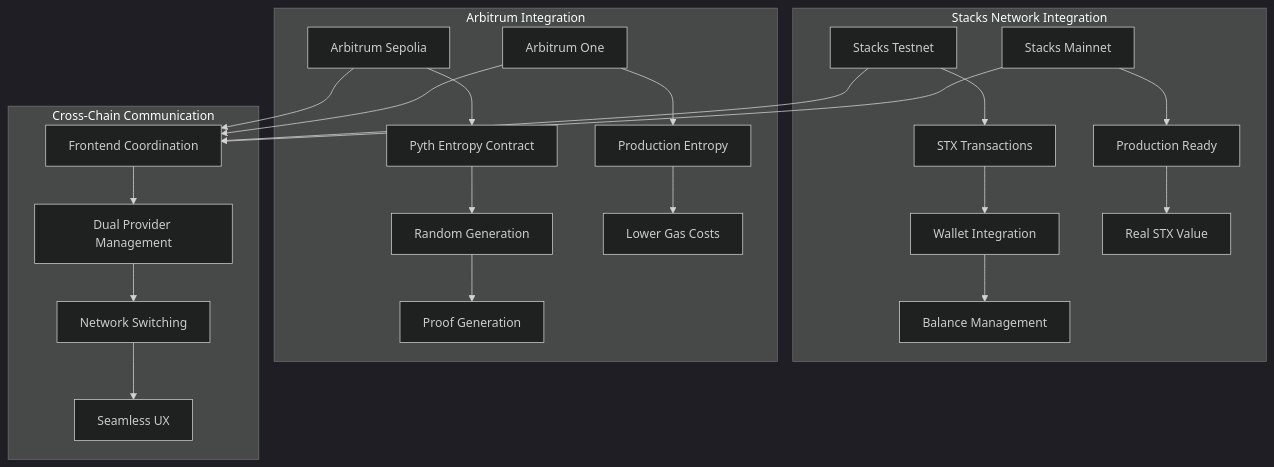
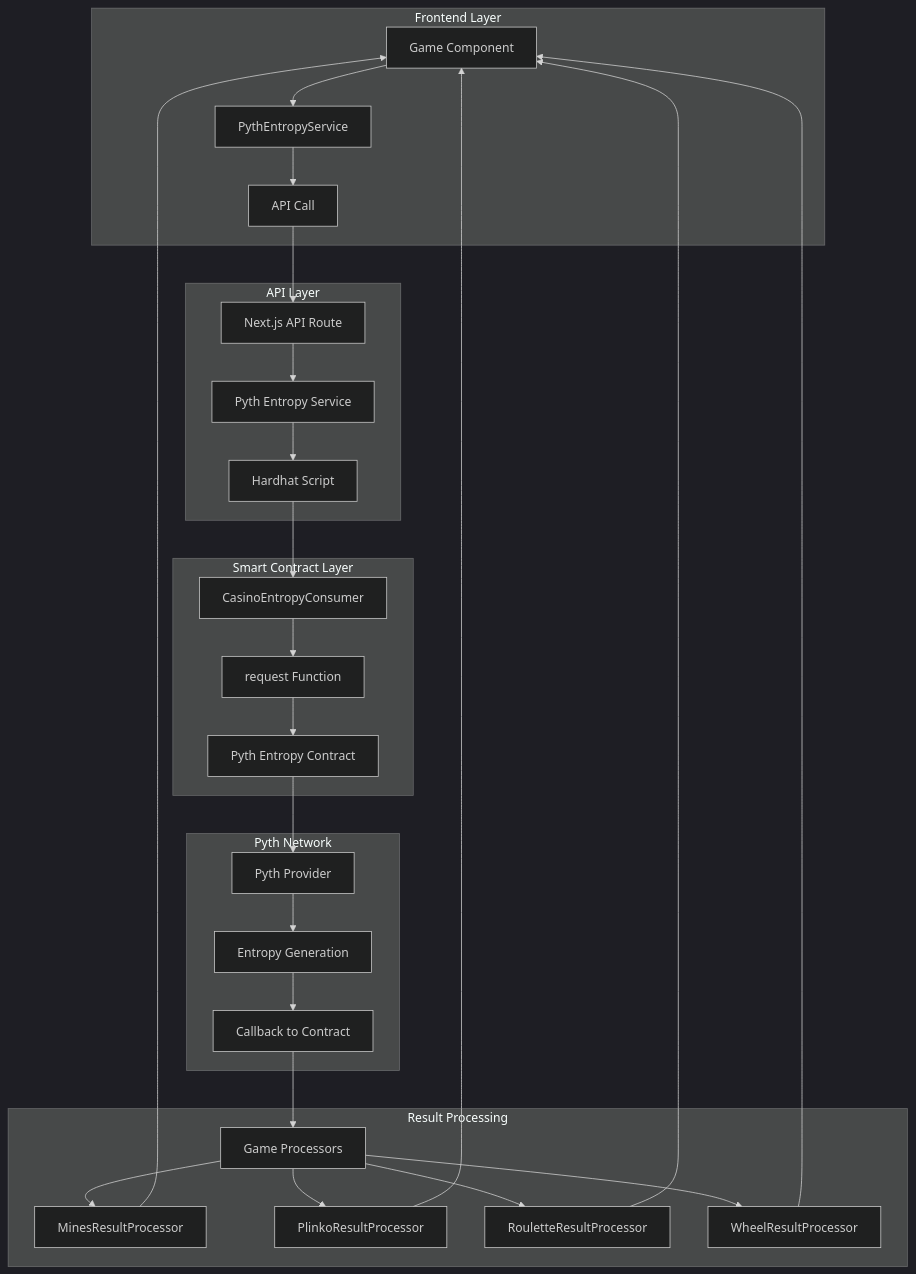
Diagram 17 of 21 in MERMAID_DIAGRAMS.md (AmaanSayyad/APT-Casino-Linera), drawn with Mermaid (dark theme) before and after one commit. The commit also changed other lines of this file and 48 other files, not shown here.

````diff
--- a/MERMAID_DIAGRAMS.md
+++ b/MERMAID_DIAGRAMS.md
@@ -313,31 +544,38 @@
 ```mermaid
 graph TB
-    subgraph StacksNetwork["Stacks Network Integration"]
-        A[Stacks Testnet] --> B[STX Transactions]
-        B --> C[Wallet Integration]
-        C --> D[Balance Management]
-        
-        E[Stacks Mainnet] --> F[Production Ready]
-        F --> G[Real STX Value]
+    subgraph Frontend["Frontend Layer"]
+        A[Game Component] --> B[PythEntropyService]
+        B --> C[API Call]
     end
     
-    subgraph ArbitrumNetwork["Arbitrum Integration"]
-        H[Arbitrum Sepolia] --> I[Pyth Entropy Contract]
-        I --> J[Random Generation]
-        J --> K[Proof Generation]
-        
-        L[Arbitrum One] --> M[Production Entropy]
-        M --> N[Lower Gas Costs]
+    subgraph API["API Layer"]
+        D[Next.js API Route] --> E[Pyth Entropy Service]
+        E --> F[Hardhat Script]
     end
     
-    subgraph CrossChain["Cross-Chain Communication"]
-        O[Frontend Coordination] --> P[Dual Provider Management]
-        P --> Q[Network Switching]
-        Q --> R[Seamless UX]
+    subgraph Contract["Smart Contract Layer"]
+        G[CasinoEntropyConsumer] --> H[request Function]
+        H --> I[Pyth Entropy Contract]
     end
     
-    A --> O
-    H --> O
-    E --> O
-    L --> O
+    subgraph Pyth["Pyth Network"]
+        J[Pyth Provider] --> K[Entropy Generation]
+        K --> L[Callback to Contract]
+    end
+    
+    subgraph Processing["Result Processing"]
+        M[Game Processors] --> N[MinesResultProcessor]
+        M --> O[PlinkoResultProcessor]
+        M --> P[RouletteResultProcessor]
+        M --> Q[WheelResultProcessor]
+    end
+    
+    C --> D
+    F --> G
+    I --> J
+    L --> M
+    N --> A
+    O --> A
+    P --> A
+    Q --> A
 ```
````
